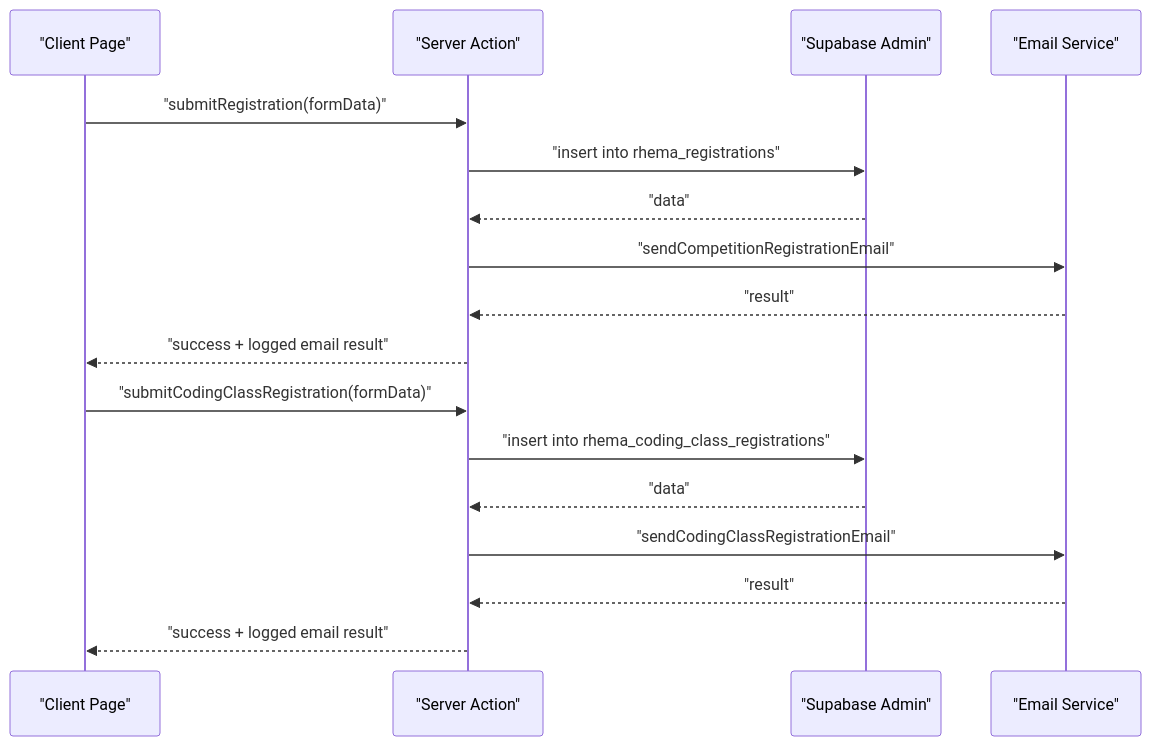
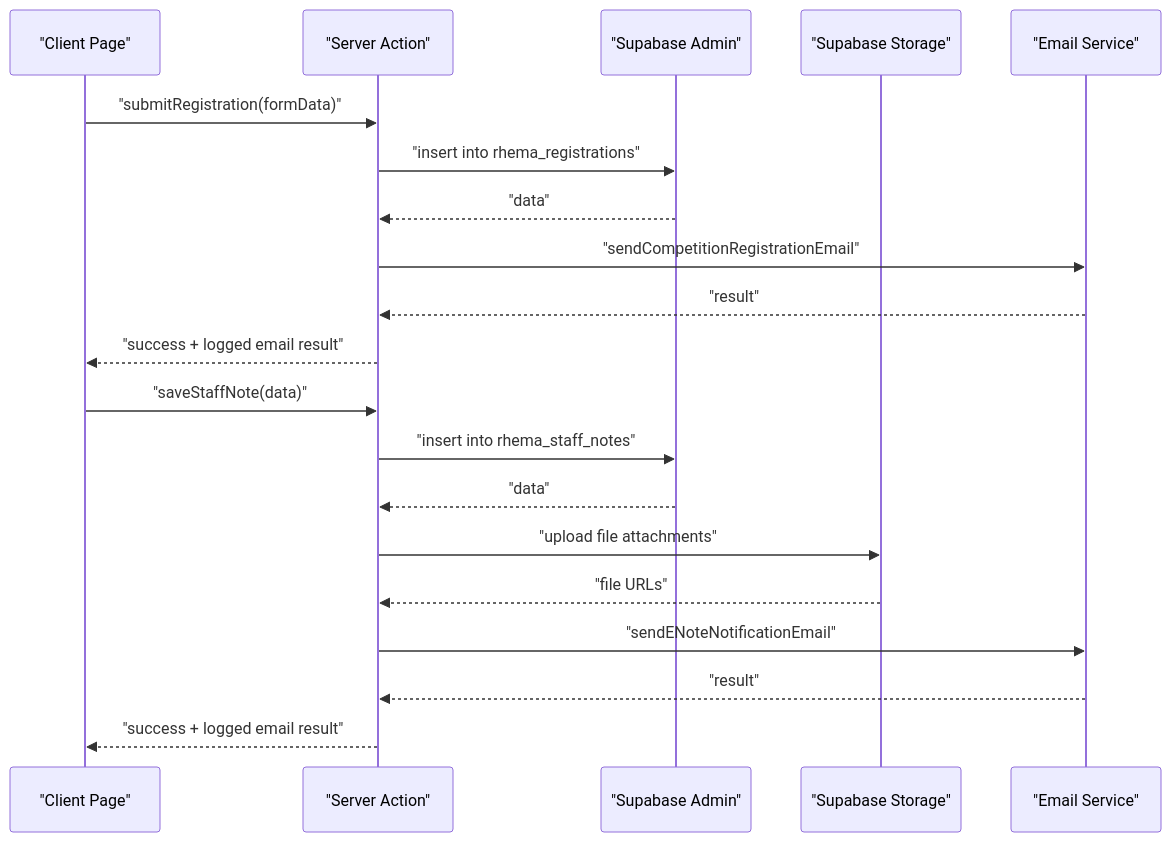
One commit to Black-box01/rhemaexpertsolutions changed the eighth of 9 diagrams in .qoder/repowiki/en/content/Service Layer/Email Service.md. Above: the diagram before and after it, drawn with Mermaid. The commit also changed other lines of this file and 31 other files, not shown here.

````diff
--- a/.qoder/repowiki/en/content/Service Layer/Email Service.md
+++ b/.qoder/repowiki/en/content/Service Layer/Email Service.md
@@ -201,19 +308,22 @@
 ```mermaid
 sequenceDiagram
 participant Page as "Client Page"
 participant Action as "Server Action"
 participant DB as "Supabase Admin"
+participant Storage as "Supabase Storage"
 participant Email as "Email Service"
 Page->>Action : "submitRegistration(formData)"
 Action->>DB : "insert into rhema_registrations"
 DB-->>Action : "data"
 Action->>Email : "sendCompetitionRegistrationEmail"
 Email-->>Action : "result"
 Action-->>Page : "success + logged email result"
-Page->>Action : "submitCodingClassRegistration(formData)"
-Action->>DB : "insert into rhema_coding_class_registrations"
+Page->>Action : "saveStaffNote(data)"
+Action->>DB : "insert into rhema_staff_notes"
 DB-->>Action : "data"
-Action->>Email : "sendCodingClassRegistrationEmail"
+Action->>Storage : "upload file attachments"
+Storage-->>Action : "file URLs"
+Action->>Email : "sendENoteNotificationEmail"
 Email-->>Action : "result"
 Action-->>Page : "success + logged email result"
 ```
````
